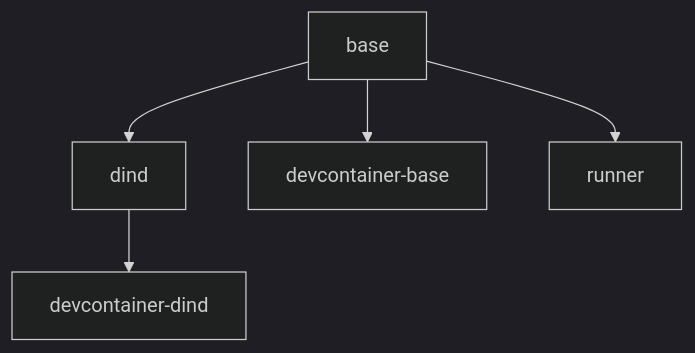
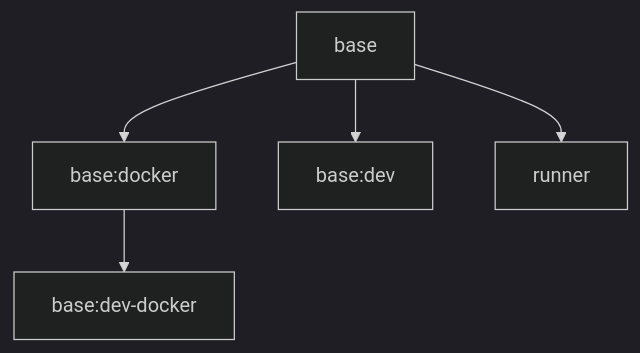
Before and after one commit to onezerocompany/devcontainers: the diagram in README.md, drawn with Mermaid (dark theme). The commit also changed other lines of this file and 22 other files, not shown here.

````diff
--- a/README.md
+++ b/README.md
@@ -550,7 +550,7 @@
 ```mermaid
 graph TD
-    A[base] --> B[dind]
-    A --> C[devcontainer-base]
-    B --> D[devcontainer-dind]
+    A[base] --> B[base:docker]
+    A --> C[base:dev]
+    B --> D[base:dev-docker]
     A --> E[runner]
 ```
````
